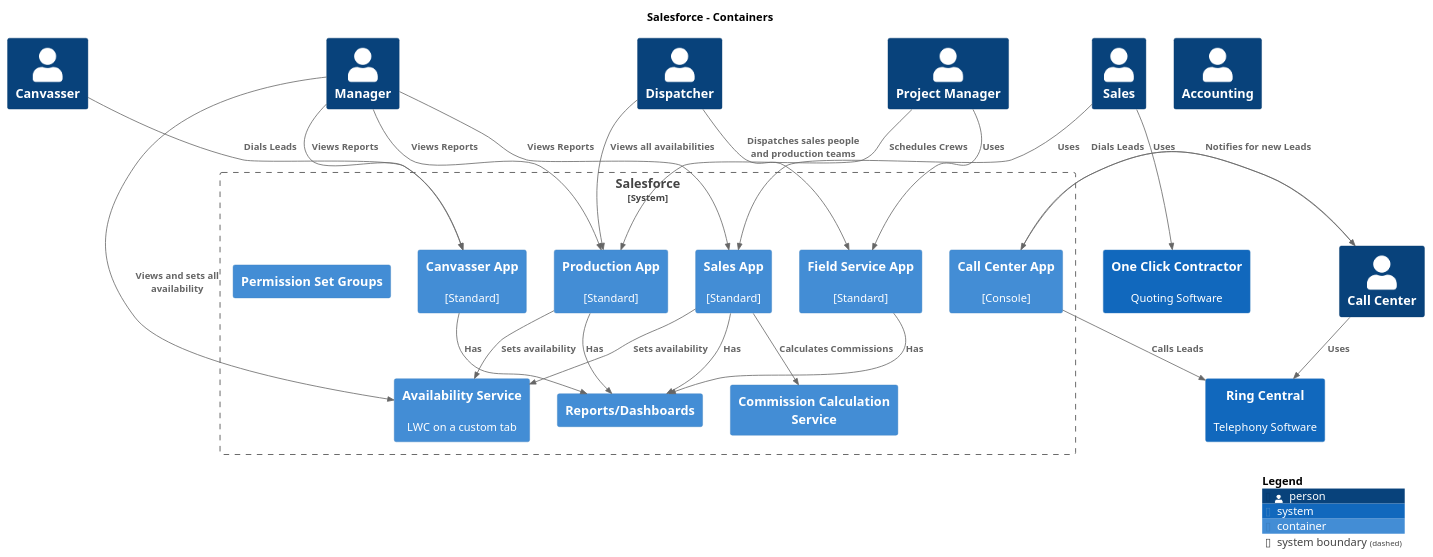
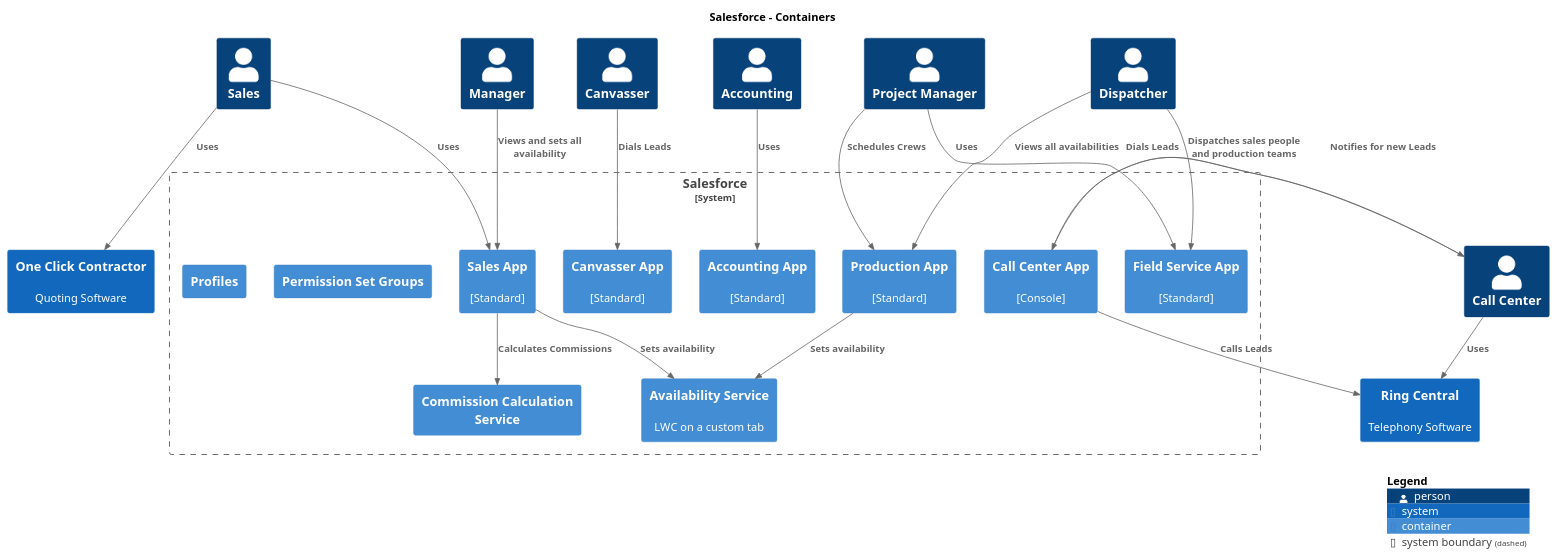
Before and after one commit to Ztrizzo/stellar-diagrams: the diagram in master/puml/Container-004.puml, drawn with PlantUML. The commit also changed 64 other files, not shown here.

```diff
--- a/master/puml/Container-004.puml
+++ b/master/puml/Container-004.puml
@@ -1,57 +1,52 @@
 @startuml
 set separator none
 title Salesforce - Containers
 
 top to bottom direction
 
 !include <C4/C4>
 !include <C4/C4_Context>
 !include <C4/C4_Container>
 
 Person(Sales, "Sales", $descr="", $tags="", $link="")
 Person(Manager, "Manager", $descr="", $tags="", $link="")
 Person(CallCenter, "Call Center", $descr="", $tags="", $link="")
 Person(Canvasser, "Canvasser", $descr="", $tags="", $link="")
 Person(Accounting, "Accounting", $descr="", $tags="", $link="")
 Person(ProjectManager, "Project Manager", $descr="", $tags="", $link="")
 Person(Dispatcher, "Dispatcher", $descr="", $tags="", $link="")
 System(OneClickContractor, "One Click Contractor", $descr="Quoting Software", $tags="", $link="")
 System(RingCentral, "Ring Central", $descr="Telephony Software", $tags="", $link="")
 
 System_Boundary("Salesforce_boundary", "Salesforce", $tags="") {
   Container(Salesforce.SalesApp, "Sales App", $techn="", $descr="[Standard]", $tags="", $link="")
+  Container(Salesforce.AccountingApp, "Accounting App", $techn="", $descr="[Standard]", $tags="", $link="")
   Container(Salesforce.ProductionApp, "Production App", $techn="", $descr="[Standard]", $tags="", $link="")
   Container(Salesforce.CallCenterApp, "Call Center App", $techn="", $descr="[Console]", $tags="", $link="")
   Container(Salesforce.CanvasserApp, "Canvasser App", $techn="", $descr="[Standard]", $tags="", $link="")
   Container(Salesforce.FieldServiceApp, "Field Service App", $techn="", $descr="[Standard]", $tags="", $link="")
   Container(Salesforce.CommissionCalculationService, "Commission Calculation Service", $techn="", $descr="", $tags="", $link="")
   Container(Salesforce.AvailabilityService, "Availability Service", $techn="", $descr="LWC on a custom tab", $tags="", $link="")
-  Container(Salesforce.ReportsDashboards, "Reports/Dashboards", $techn="", $descr="", $tags="", $link="")
   Container(Salesforce.PermissionSetGroups, "Permission Set Groups", $techn="", $descr="", $tags="", $link="")
+  Container(Salesforce.Profiles, "Profiles", $techn="", $descr="", $tags="", $link="")
 }
 
+Rel(Sales, OneClickContractor, "Uses", $techn="", $tags="", $link="")
 Rel(CallCenter, RingCentral, "Uses", $techn="", $tags="", $link="")
 Rel(Salesforce.CallCenterApp, RingCentral, "Calls Leads", $techn="", $tags="", $link="")
 Rel(Salesforce.ProductionApp, Salesforce.AvailabilityService, "Sets availability", $techn="", $tags="", $link="")
 Rel(Salesforce.SalesApp, Salesforce.AvailabilityService, "Sets availability", $techn="", $tags="", $link="")
 Rel(Salesforce.SalesApp, Salesforce.CommissionCalculationService, "Calculates Commissions", $techn="", $tags="", $link="")
-Rel(Manager, Salesforce.AvailabilityService, "Views and sets all availability", $techn="", $tags="", $link="")
-Rel(Salesforce.SalesApp, Salesforce.ReportsDashboards, "Has", $techn="", $tags="", $link="")
-Rel(Salesforce.CanvasserApp, Salesforce.ReportsDashboards, "Has", $techn="", $tags="", $link="")
-Rel(Salesforce.ProductionApp, Salesforce.ReportsDashboards, "Has", $techn="", $tags="", $link="")
-Rel(Salesforce.FieldServiceApp, Salesforce.ReportsDashboards, "Has", $techn="", $tags="", $link="")
+Rel(Manager, Salesforce.SalesApp, "Views and sets all availability", $techn="", $tags="", $link="")
 Rel(CallCenter, Salesforce.CallCenterApp, "Dials Leads", $techn="", $tags="", $link="")
 Rel(Salesforce.CallCenterApp, CallCenter, "Notifies for new Leads", $techn="", $tags="", $link="")
 Rel(ProjectManager, Salesforce.FieldServiceApp, "Uses", $techn="", $tags="", $link="")
 Rel(ProjectManager, Salesforce.ProductionApp, "Schedules Crews", $techn="", $tags="", $link="")
-Rel(Manager, Salesforce.SalesApp, "Views Reports", $techn="", $tags="", $link="")
-Rel(Manager, Salesforce.CanvasserApp, "Views Reports", $techn="", $tags="", $link="")
-Rel(Manager, Salesforce.ProductionApp, "Views Reports", $techn="", $tags="", $link="")
 Rel(Sales, Salesforce.SalesApp, "Uses", $techn="", $tags="", $link="")
 Rel(Canvasser, Salesforce.CanvasserApp, "Dials Leads", $techn="", $tags="", $link="")
 Rel(Dispatcher, Salesforce.FieldServiceApp, "Dispatches sales people and production teams", $techn="", $tags="", $link="")
 Rel(Dispatcher, Salesforce.ProductionApp, "Views all availabilities", $techn="", $tags="", $link="")
-Rel(Sales, OneClickContractor, "Uses", $techn="", $tags="", $link="")
+Rel(Accounting, Salesforce.AccountingApp, "Uses", $techn="", $tags="", $link="")
 
 SHOW_LEGEND(true)
 @enduml
```
